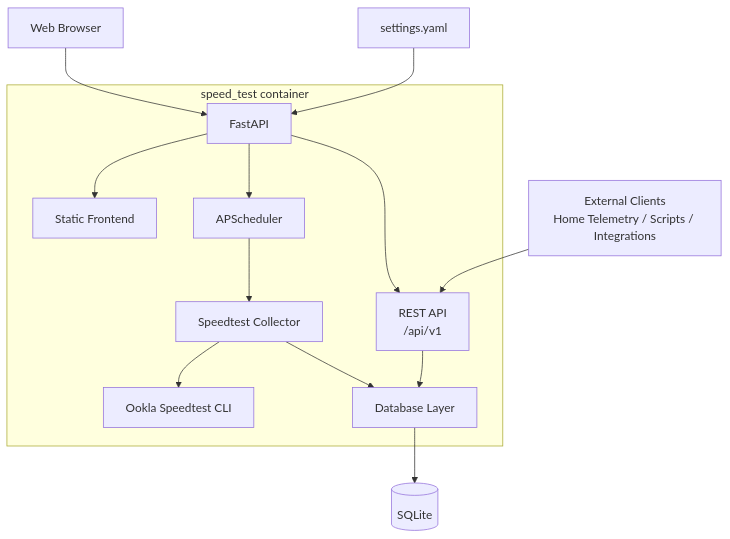
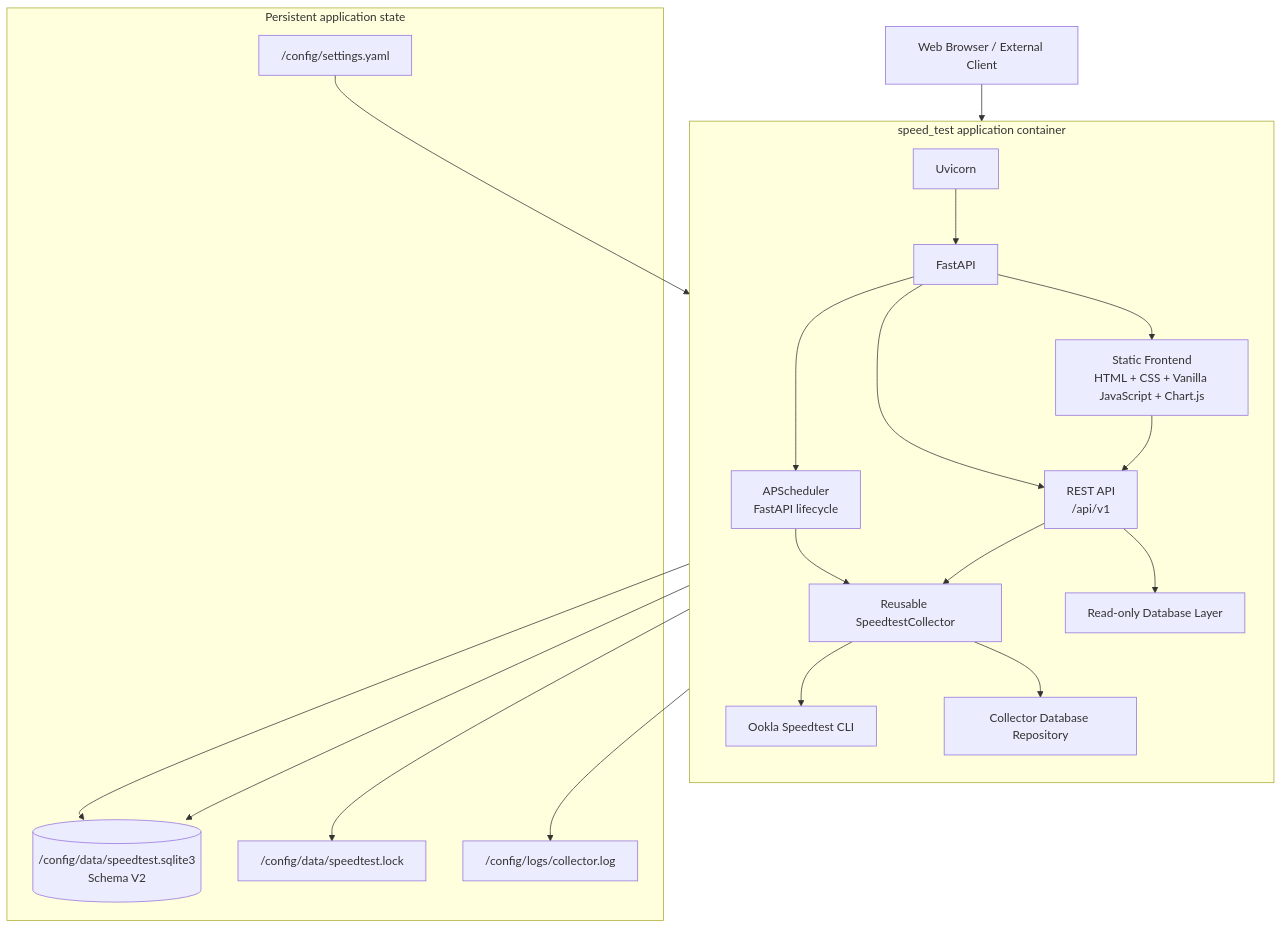
Before and after one commit to cristianCanek/speed_test: the fifth of 5 diagrams in ROADMAP.md, drawn with Mermaid. The commit also changed other lines of this file and 2 other files, not shown here.

````diff
--- a/ROADMAP.md
+++ b/ROADMAP.md
@@ -562,33 +573,46 @@
 ```mermaid
 flowchart TB
-    Browser["Web Browser"]
-    External["External Clients<br/>Home Telemetry / Scripts / Integrations"]
+    Browser["Web Browser / External Client"]
 
-    subgraph Container["speed_test container"]
+    subgraph Container["speed_test application container"]
+        direction TB
+
+        Uvicorn["Uvicorn"]
         FastAPI["FastAPI"]
-        Frontend["Static Frontend"]
+        Frontend["Static Frontend<br/>HTML + CSS + Vanilla JavaScript + Chart.js"]
         API["REST API<br/>/api/v1"]
-        Scheduler["APScheduler"]
-        Collector["Speedtest Collector"]
+        Scheduler["APScheduler<br/>FastAPI lifecycle"]
+        Collector["Reusable SpeedtestCollector"]
         Ookla["Ookla Speedtest CLI"]
-        Database["Database Layer"]
+        ReadDB["Read-only Database Layer"]
+        Repository["Collector Database Repository"]
 
+        Uvicorn --> FastAPI
         FastAPI --> Frontend
         FastAPI --> API
         FastAPI --> Scheduler
+
+        Frontend --> API
         Scheduler --> Collector
+        API --> Collector
+
         Collector --> Ookla
-        Collector --> Database
-        API --> Database
+        Collector --> Repository
+        API --> ReadDB
     end
 
-    SQLite[("SQLite")]
-    Config["settings.yaml"]
+    subgraph Persistent["Persistent application state"]
+        Config["/config/settings.yaml"]
+        SQLite[("/config/data/speedtest.sqlite3<br/>Schema V2")]
+        Lock["/config/data/speedtest.lock"]
+        Log["/config/logs/collector.log"]
+    end
 
     Browser --> FastAPI
-    External --> API
-
-    Database --> SQLite
 
     Config --> FastAPI
+    Repository --> SQLite
+    ReadDB --> SQLite
+    Collector --> Lock
+    Collector --> Log
 ```
````
